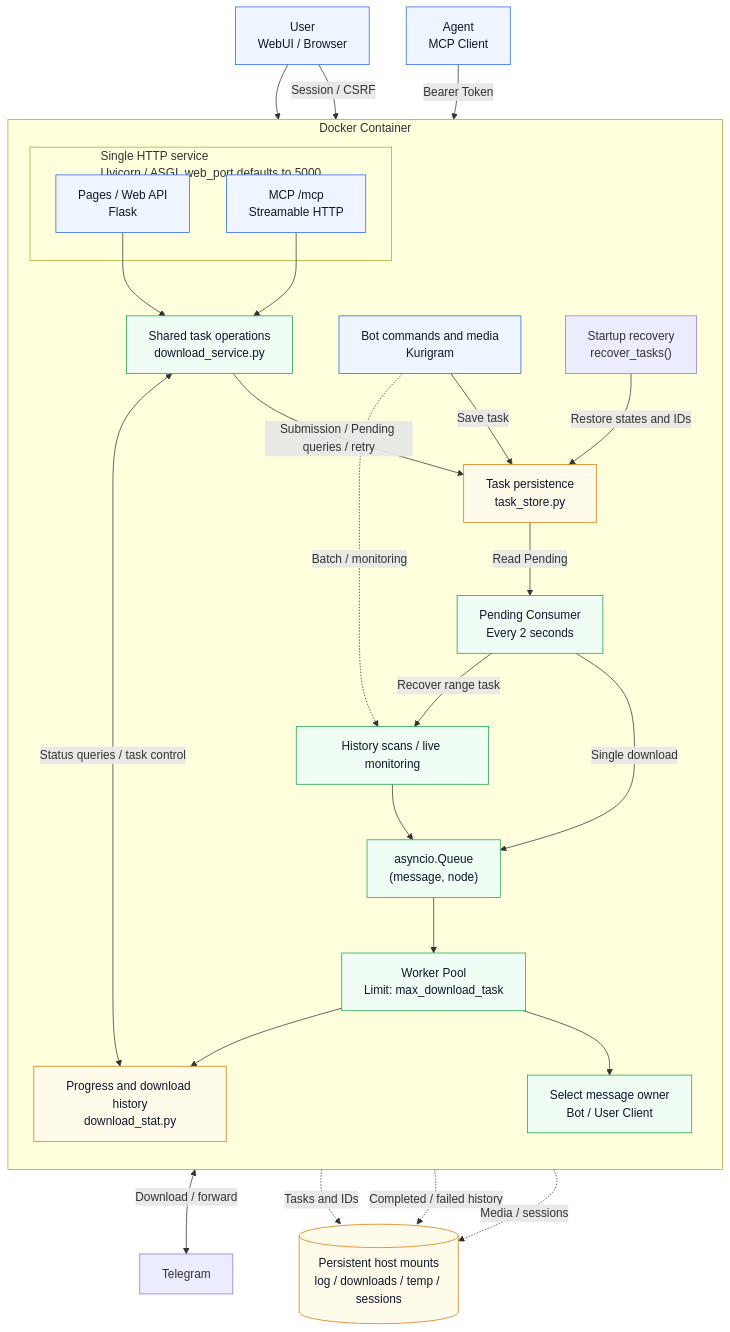
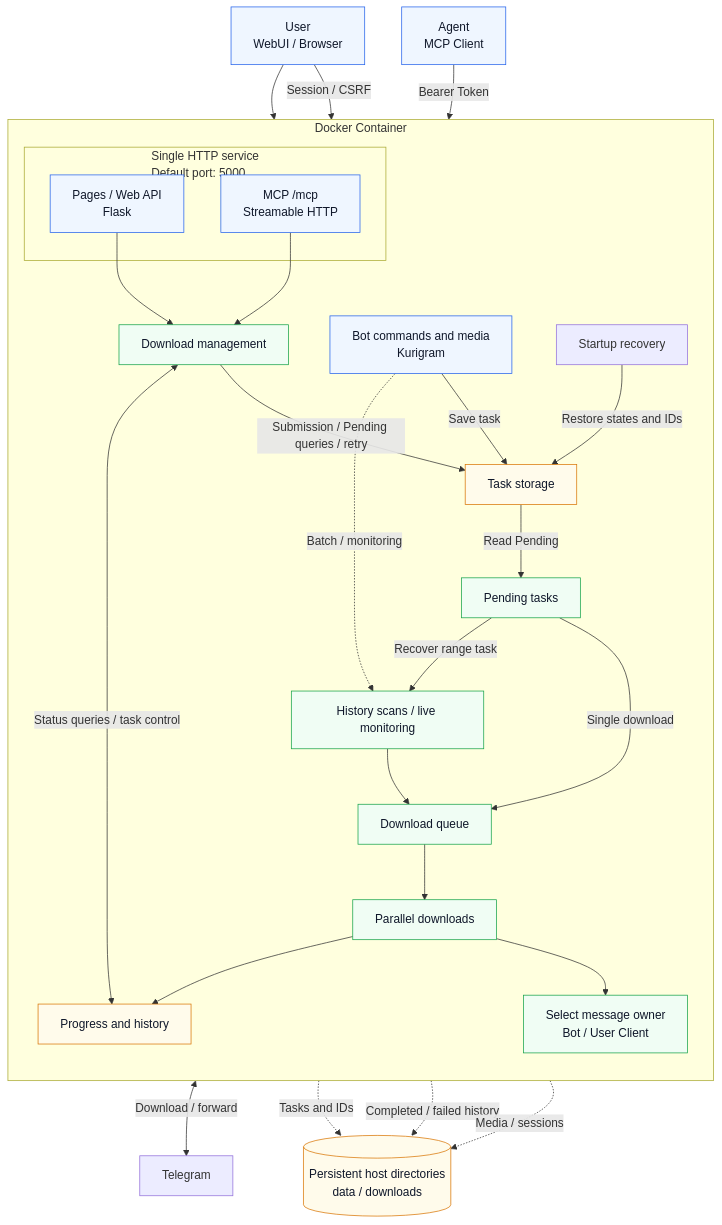
One commit to smilekevin/TGPorter changed the second of 2 diagrams in README.md. Above: the diagram before and after it, drawn with Mermaid. The commit also changed other lines of this file and 57 other files, not shown here.

````diff
--- a/README.md
+++ b/README.md
@@ -636,55 +556,55 @@
 ```mermaid
 flowchart TB
     User["User<br/>WebUI / Browser"]
     Agent["Agent<br/>MCP Client"]
     Telegram["Telegram"]
 
     subgraph Container["Docker Container"]
         direction TB
         Bot["Bot commands and media<br/>Kurigram"]
-        subgraph HTTP["Single HTTP service<br/>Uvicorn / ASGI, web_port defaults to 5000"]
+        subgraph HTTP["Single HTTP service<br/>Default port: 5000"]
             API["Pages / Web API<br/>Flask"]
             MCP["MCP /mcp<br/>Streamable HTTP"]
         end
-        Service["Shared task operations<br/>download_service.py"]
-        Store["Task persistence<br/>task_store.py"]
-        Recovery["Startup recovery<br/>recover_tasks()"]
-        Consumer["Pending Consumer<br/>Every 2 seconds"]
+        Service["Download management"]
+        Store["Task storage"]
+        Recovery["Startup recovery"]
+        Consumer["Pending tasks"]
         Scan["History scans / live monitoring"]
-        Queue["asyncio.Queue<br/>(message, node)"]
-        Workers["Worker Pool<br/>Limit: max_download_task"]
+        Queue["Download queue"]
+        Workers["Parallel downloads"]
         Clients["Select message owner<br/>Bot / User Client"]
-        Stats["Progress and download history<br/>download_stat.py"]
+        Stats["Progress and history"]
     end
 
-    Data[("Persistent host mounts<br/>log / downloads / temp / sessions")]
+    Data[("Persistent host directories<br/>data / downloads")]
 
     User --> Bot
     User -->|Session / CSRF| API
     Agent -->|Bearer Token| MCP
     API --> Service
     MCP --> Service
     Bot -->|Save task| Store
     Service -->|Submission / Pending queries / retry| Store
     Service <-->|Status queries / task control| Stats
     Recovery -->|Restore states and IDs| Store
     Store -->|Read Pending| Consumer
     Consumer -->|Single download| Queue
     Consumer -->|Recover range task| Scan
     Bot -.->|Batch / monitoring| Scan
     Scan --> Queue
     Queue --> Workers
     Workers --> Clients
     Clients <-->|Download / forward| Telegram
     Workers --> Stats
     Store -.->|Tasks and IDs| Data
     Stats -.->|Completed / failed history| Data
     Clients -.->|Media / sessions| Data
 
     classDef entry fill:#eff6ff,stroke:#2563eb,color:#0f172a
     classDef pipeline fill:#f0fdf4,stroke:#16a34a,color:#0f172a
     classDef storage fill:#fffbeb,stroke:#d97706,color:#0f172a
     class User,Bot,API,Agent,MCP entry
     class Service,Consumer,Scan,Queue,Workers,Clients pipeline
     class Store,Stats,Data storage
 ```
````
